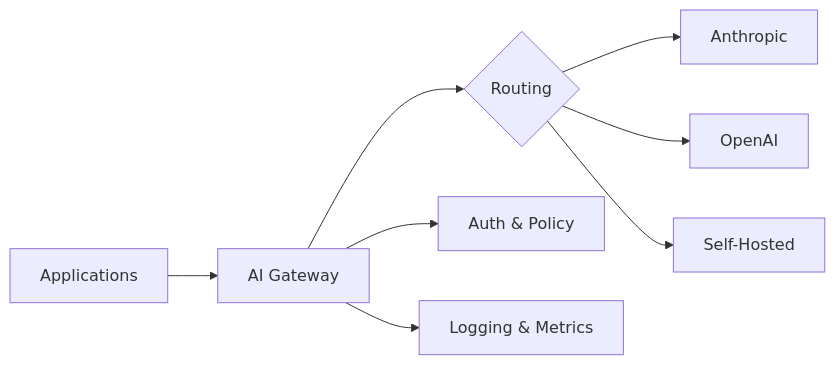
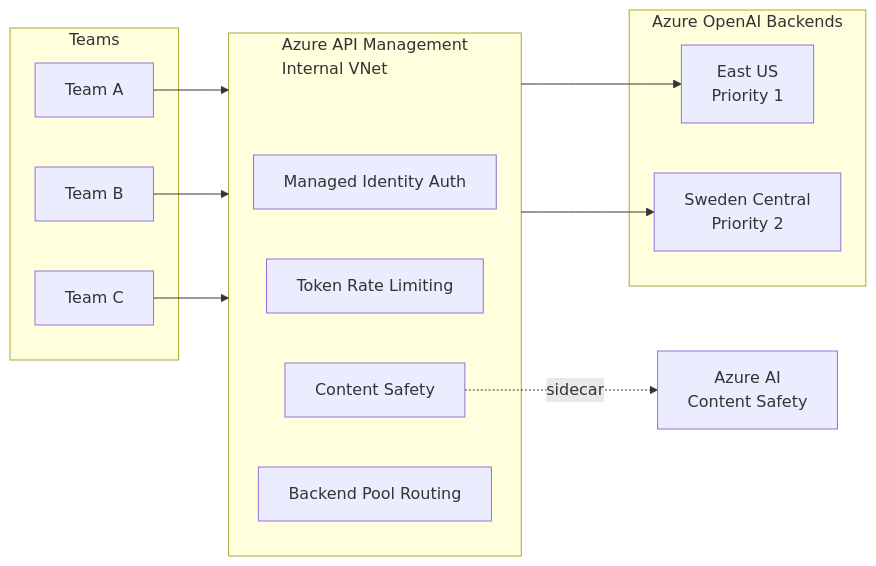
The first of 3 diagrams in posts/2026-02-07-building-your-genai-platform-foundation.md (Odovey-Consulting/odovey-blog), drawn with Mermaid before and after one commit. The commit also changed other lines of this file and 3 other files, not shown here.

````diff
--- a/posts/2026-02-07-building-your-genai-platform-foundation.md
+++ b/posts/2026-02-07-building-your-genai-platform-foundation.md
@@ -38,10 +89,24 @@
 ```mermaid
 flowchart LR
-    A[Applications] --> B[AI Gateway]
-    B --> C{Routing}
-    C --> D[Anthropic]
-    C --> E[OpenAI]
-    C --> F[Self-Hosted]
-    B --> G[Auth & Policy]
-    B --> H[Logging & Metrics]
+    subgraph Teams
+        T1[Team A]
+        T2[Team B]
+        T3[Team C]
+    end
+    subgraph APIM[Azure API Management<br/>Internal VNet]
+        AUTH[Managed Identity Auth]
+        RL[Token Rate Limiting]
+        CS[Content Safety]
+        ROUTE[Backend Pool Routing]
+    end
+    subgraph Backends[Azure OpenAI Backends]
+        B1[East US<br/>Priority 1]
+        B2[Sweden Central<br/>Priority 2]
+    end
+    T1 --> APIM
+    T2 --> APIM
+    T3 --> APIM
+    APIM --> B1
+    APIM --> B2
+    CS -.->|sidecar| ACS[Azure AI<br/>Content Safety]
 ```
````
